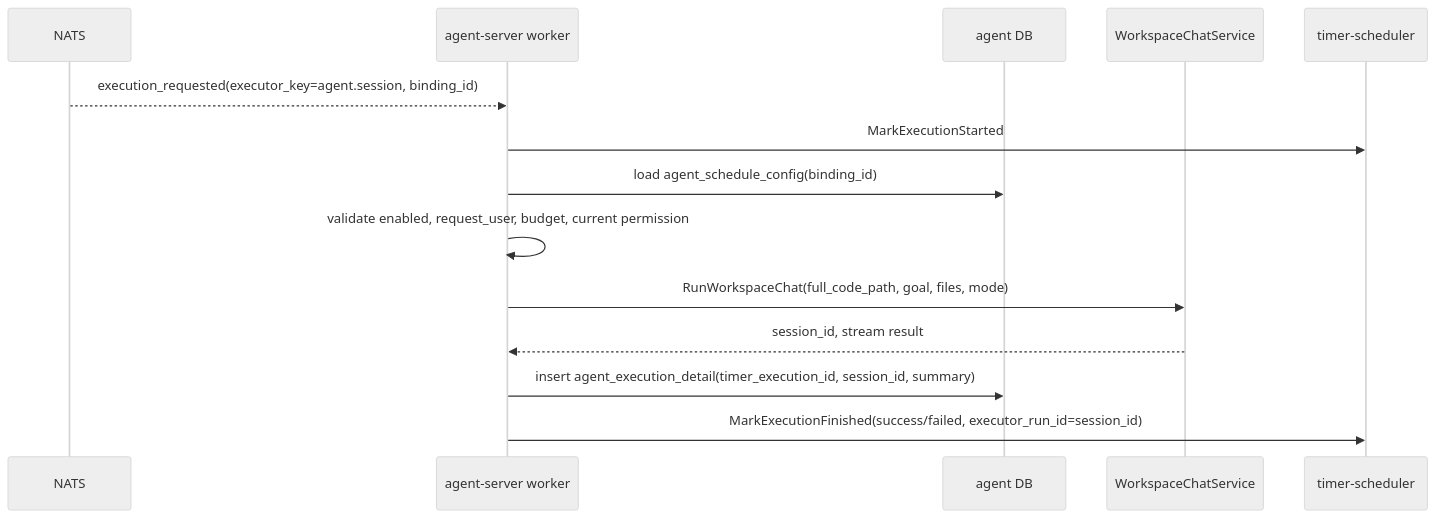
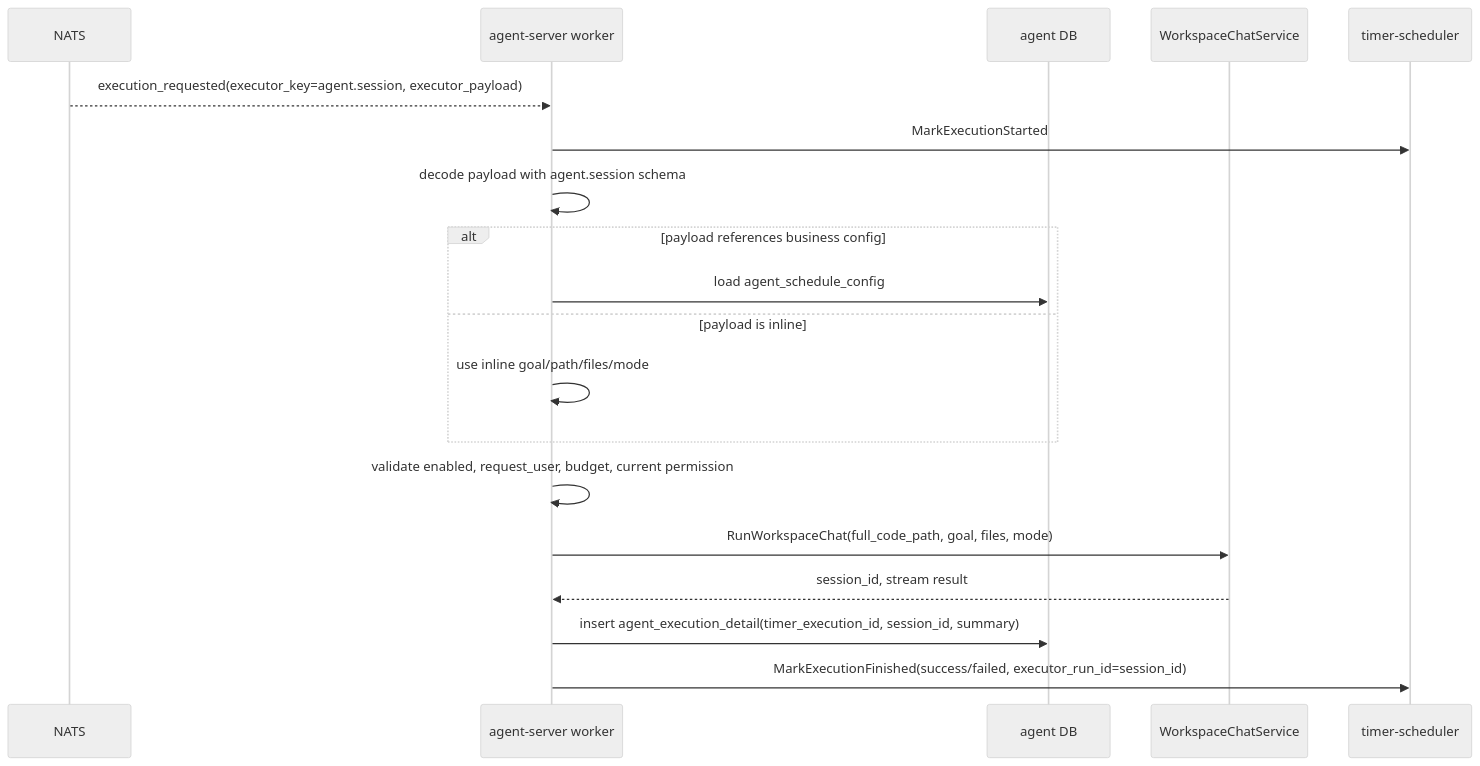
One commit to kageos/kageos changed the ninth of 17 diagrams in docs/scheduled-tasks-architecture-design.md. Above: the diagram before and after it, drawn with Mermaid (neutral theme). The commit also changed other lines of this file, not shown here.

Commit message:
docs: clarify scheduler payload ownership

````diff
--- a/docs/scheduled-tasks-architecture-design.md
+++ b/docs/scheduled-tasks-architecture-design.md
@@ -325,17 +397,22 @@
 ```mermaid
 sequenceDiagram
   participant NATS as NATS
   participant Worker as agent-server worker
   participant AgentDB as agent DB
   participant Workspace as WorkspaceChatService
   participant Timer as timer-scheduler
 
-  NATS-->>Worker: execution_requested(executor_key=agent.session, binding_id)
+  NATS-->>Worker: execution_requested(executor_key=agent.session, executor_payload)
   Worker->>Timer: MarkExecutionStarted
-  Worker->>AgentDB: load agent_schedule_config(binding_id)
+  Worker->>Worker: decode payload with agent.session schema
+  alt payload references business config
+    Worker->>AgentDB: load agent_schedule_config
+  else payload is inline
+    Worker->>Worker: use inline goal/path/files/mode
+  end
   Worker->>Worker: validate enabled, request_user, budget, current permission
   Worker->>Workspace: RunWorkspaceChat(full_code_path, goal, files, mode)
   Workspace-->>Worker: session_id, stream result
   Worker->>AgentDB: insert agent_execution_detail(timer_execution_id, session_id, summary)
   Worker->>Timer: MarkExecutionFinished(success/failed, executor_run_id=session_id)
 ```
````
